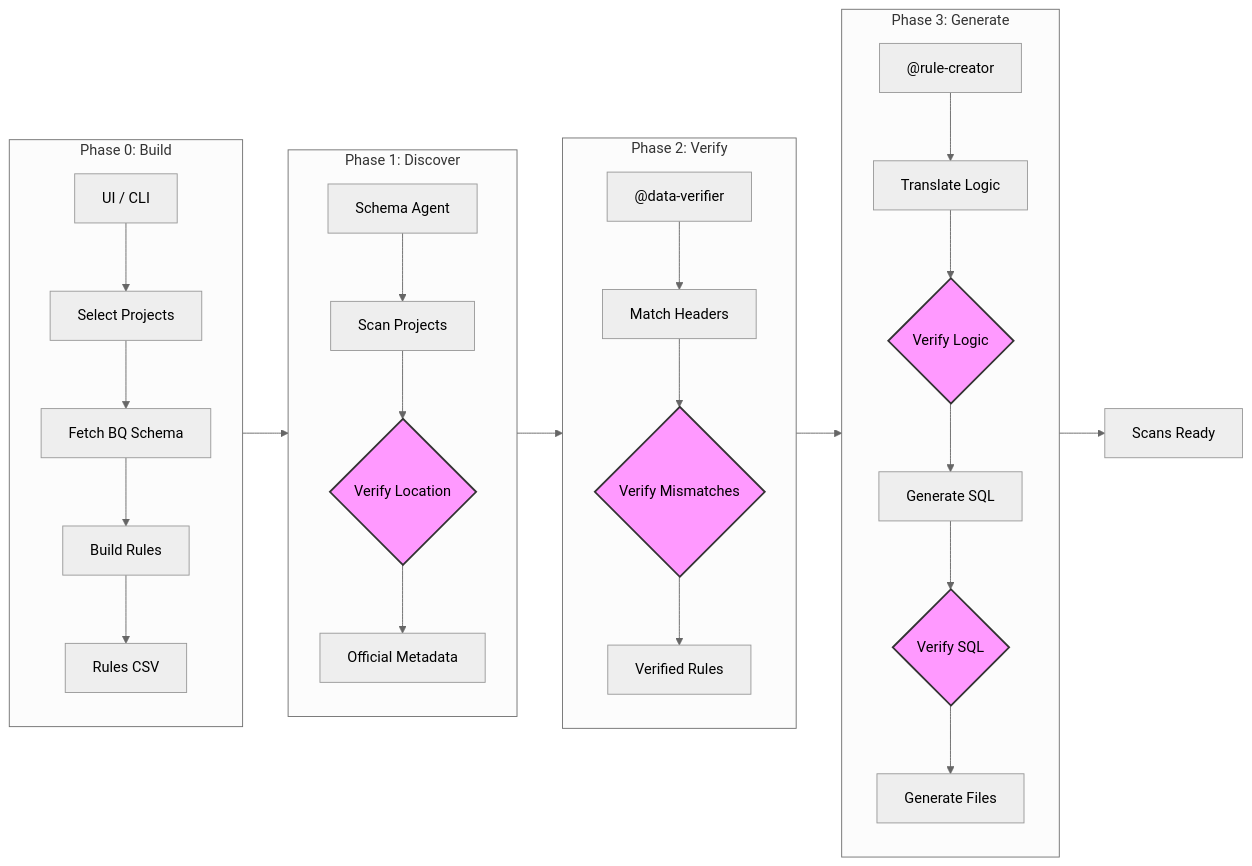
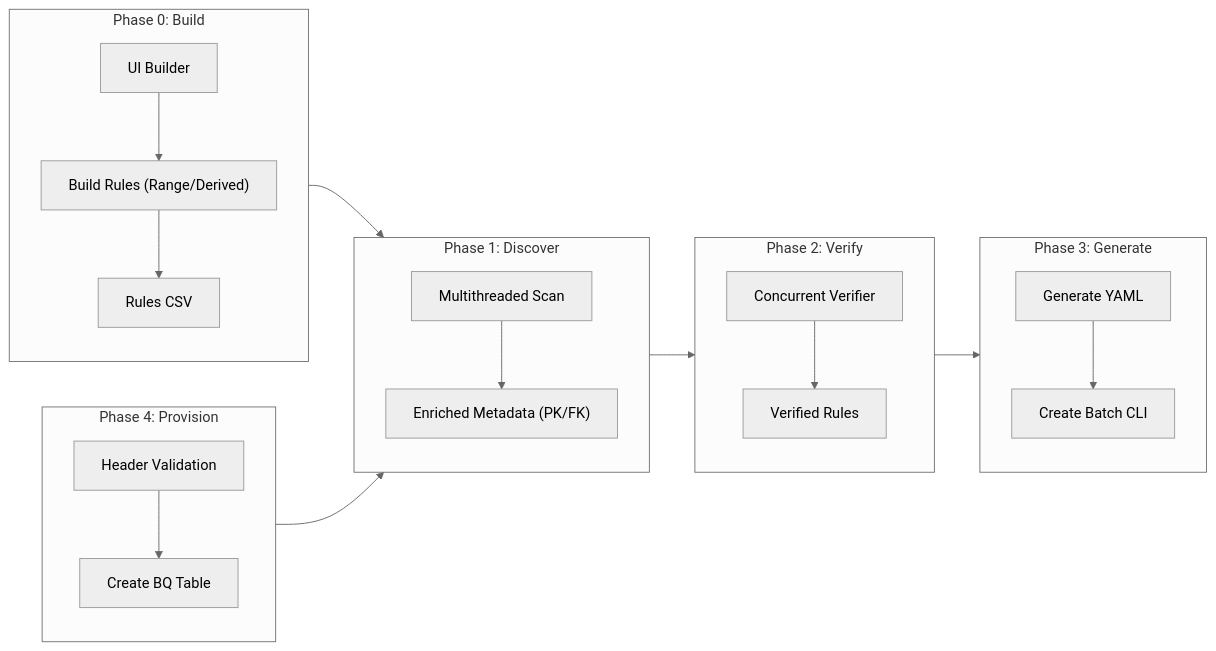
The diagram in README.md (akkuadhi/dataplex-ecosystem), drawn with Mermaid (neutral theme) before and after one commit. The commit also changed other lines of this file and 3 other files, not shown here.

Commit message:
Implement Phase 4: Table Provisioning. Added multithreaded location discovery, header validation, and advanced BQ table creation logic. Updated README and added test artifacts.

````diff
--- a/README.md
+++ b/README.md
@@ -7,30 +7,30 @@
 ```mermaid
 flowchart LR
     subgraph P0 ["Phase 0: Build"]
         direction TB
-        P0S["UI / CLI"] --> P0P["Select Projects"] --> P0F["Fetch BQ Schema"] --> P0B["Build Rules"] --> P0C["Rules CSV"]
+        P0S["UI Builder"] --> P0B["Build Rules (Range/Derived)"] --> P0C["Rules CSV"]
     end
 
     subgraph P1 ["Phase 1: Discover"]
         direction TB
-        P1A["Schema Agent"] --> P1S["Scan Projects"] --> P1V{"Verify Location"} --> P1M["Official Metadata"]
+        P1S["Multithreaded Scan"] --> P1M["Enriched Metadata (PK/FK)"]
     end
 
     subgraph P2 ["Phase 2: Verify"]
         direction TB
-        P2A["@data-verifier"] --> P2M["Match Headers"] --> P2V{"Verify Mismatches"} --> P2R["Verified Rules"]
+        P2V["Concurrent Verifier"] --> P2R["Verified Rules"]
     end
 
     subgraph P3 ["Phase 3: Generate"]
         direction TB
-        P3A["@rule-creator"] --> P3T["Translate Logic"] --> P3L{"Verify Logic"} --> P3G["Generate SQL"] --> P3S{"Verify SQL"} --> P3F["Generate Files"]
+        P3G["Generate YAML"] --> P3F["Create Batch CLI"]
+    end
+    
+    subgraph P4 ["Phase 4: Provision"]
+        direction TB
+        P4V["Header Validation"] --> P4T["Create BQ Table"]
     end
 
     P0 --> P1 --> P2 --> P3
-    P3 --> DONE["Scans Ready"]
-
-    style P1V fill:#f9f,stroke:#333,stroke-width:2px
-    style P2V fill:#f9f,stroke:#333,stroke-width:2px
-    style P3L fill:#f9f,stroke:#333,stroke-width:2px
-    style P3S fill:#f9f,stroke:#333,stroke-width:2px
+    P4 --> P1
 ```
````
